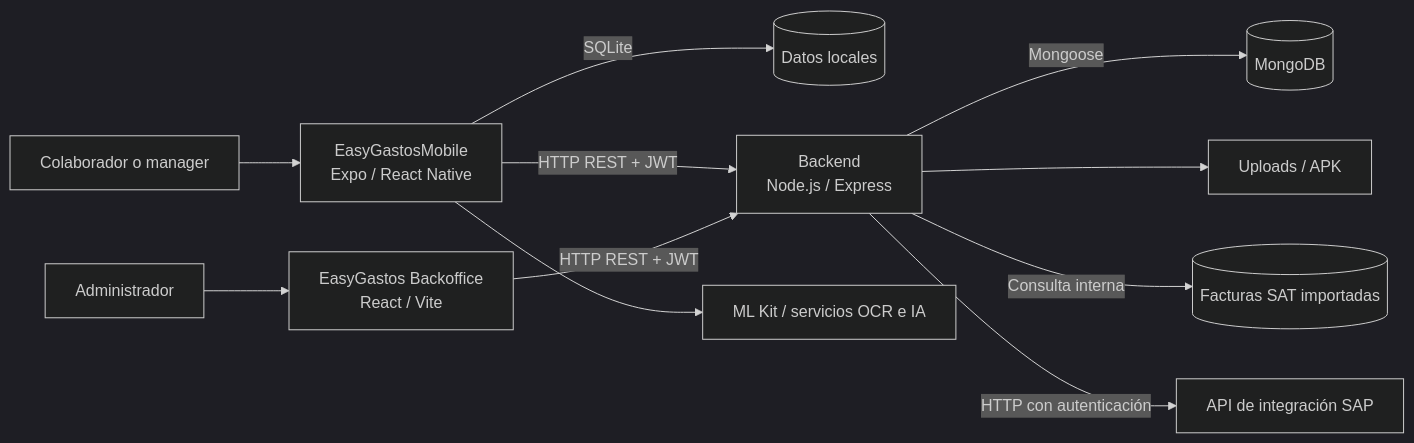
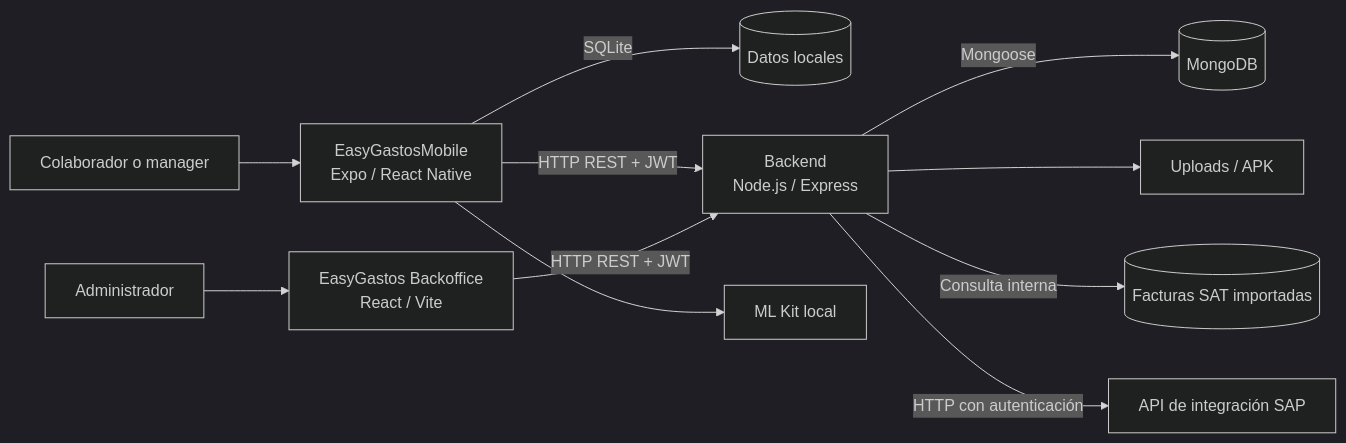
Before and after one commit to diegobotran/EasyGastos: the first of 2 diagrams in README.md, drawn with Mermaid (dark theme). The commit also changed other lines of this file and 27 other files, not shown here.

````diff
--- a/README.md
+++ b/README.md
@@ -71,13 +71,13 @@
 ```mermaid
 flowchart LR
     U[Colaborador o manager] --> M[EasyGastosMobile<br/>Expo / React Native]
     A[Administrador] --> W[EasyGastos Backoffice<br/>React / Vite]
     M -->|SQLite| L[(Datos locales)]
     M -->|HTTP REST + JWT| B[Backend<br/>Node.js / Express]
     W -->|HTTP REST + JWT| B
     B -->|Mongoose| D[(MongoDB)]
     B --> F[Uploads / APK]
     B -->|Consulta interna| S[(Facturas SAT importadas)]
     B -->|HTTP con autenticación| SAP[API de integración SAP]
-    M --> OCR[ML Kit / servicios OCR e IA]
+    M --> OCR[ML Kit local]
 ```
````
